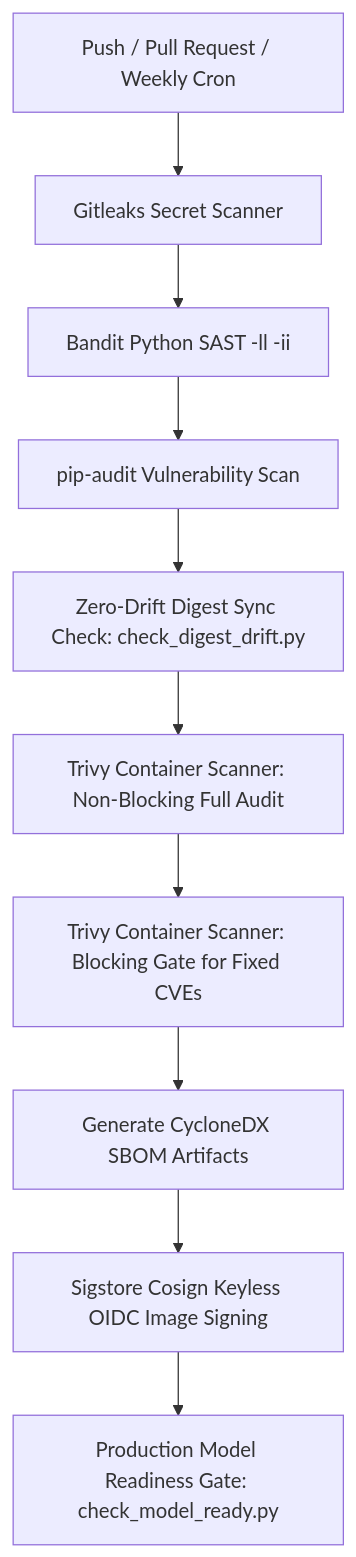
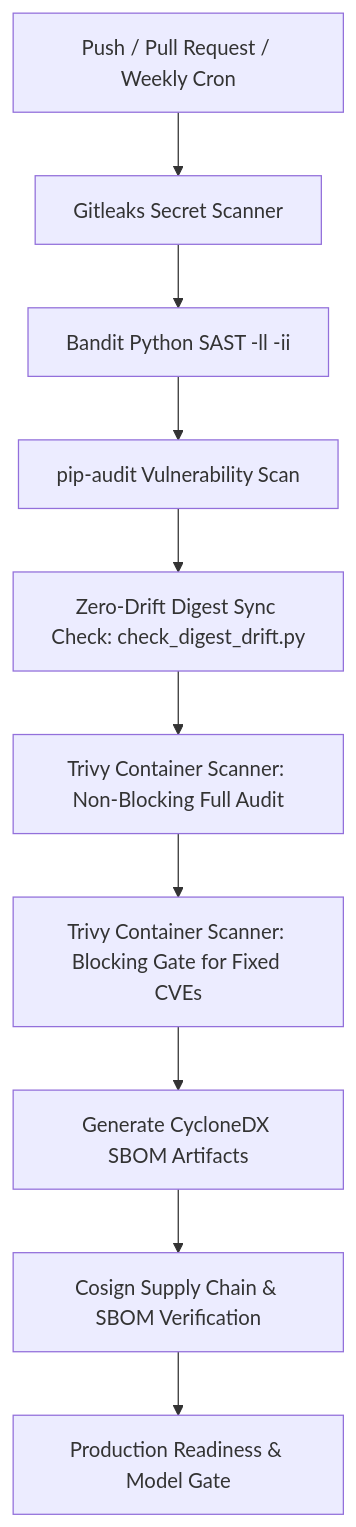
The diagram in README.md (armaan-1207/docker-containers), drawn with Mermaid before and after one commit. The commit also changed other lines of this file and 11 other files, not shown here.

````diff
--- a/README.md
+++ b/README.md
@@ -186,12 +186,12 @@
 ```mermaid
 graph TD
     A[Push / Pull Request / Weekly Cron] --> B[Gitleaks Secret Scanner]
     B --> C[Bandit Python SAST -ll -ii]
     C --> D[pip-audit Vulnerability Scan]
     D --> E[Zero-Drift Digest Sync Check: check_digest_drift.py]
     E --> F[Trivy Container Scanner: Non-Blocking Full Audit]
     F --> G[Trivy Container Scanner: Blocking Gate for Fixed CVEs]
     G --> H[Generate CycloneDX SBOM Artifacts]
-    H --> I[Sigstore Cosign Keyless OIDC Image Signing]
-    I --> J[Production Model Readiness Gate: check_model_ready.py]
+    H --> I[Cosign Supply Chain & SBOM Verification]
+    I --> J[Production Readiness & Model Gate]
 ```
````
